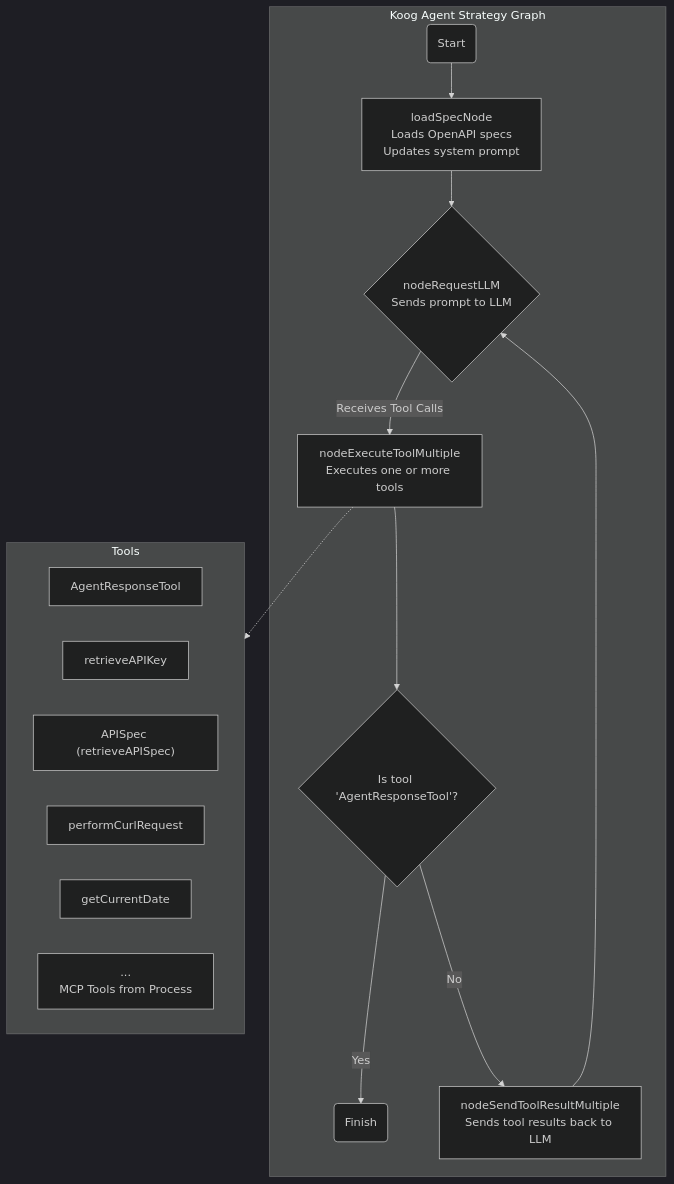
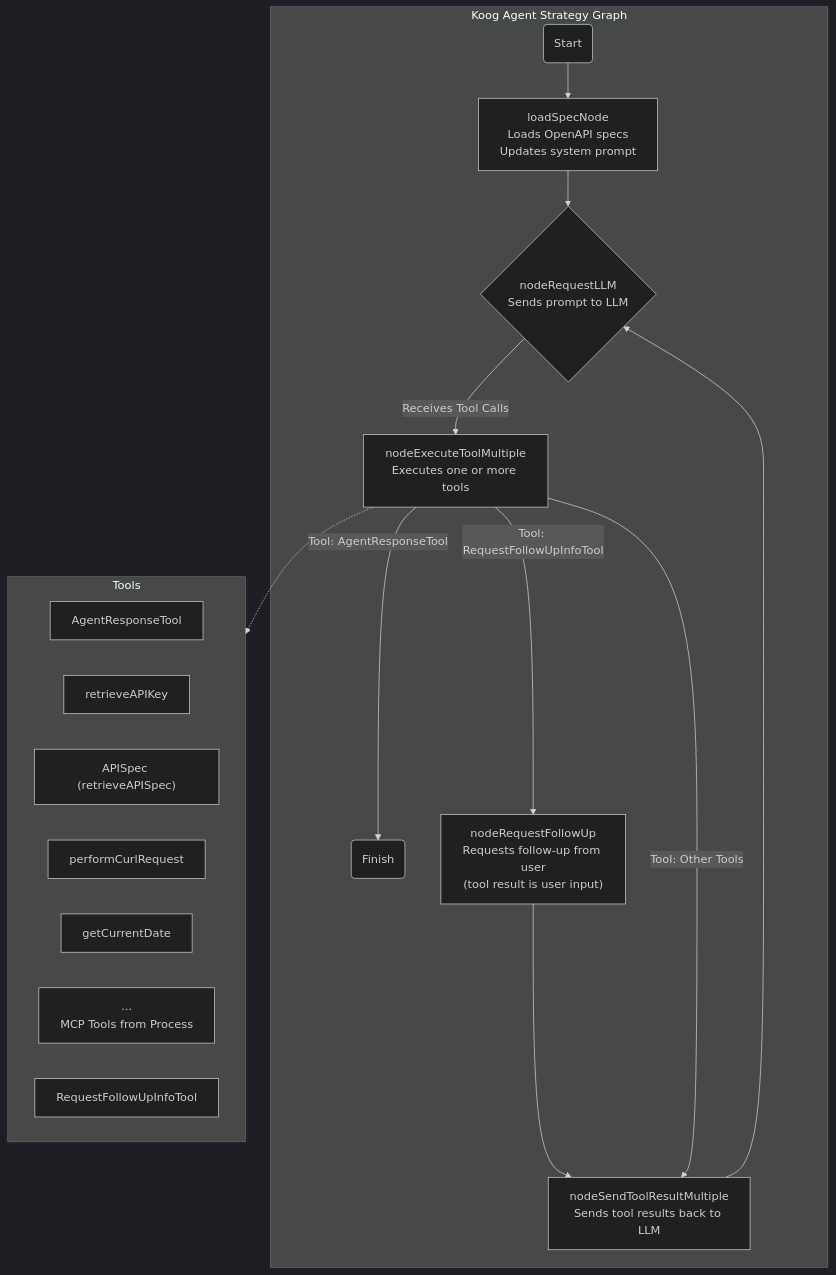
The diagram in README.md (teegarcs/Koog_CLI), drawn with Mermaid (dark theme) before and after one commit. The commit also changed other lines of this file and 2 other files, not shown here.

Commit message:
adding ability to request more information from the user

````diff
--- a/README.md
+++ b/README.md
@@ -67,25 +68,27 @@
 ```mermaid
 graph TD
     subgraph "Koog Agent Strategy Graph"
         A(Start) --> B["loadSpecNode<br/>Loads OpenAPI specs<br/>Updates system prompt"];
         B --> C{"nodeRequestLLM<br/>Sends prompt to LLM"};
         C -- "Receives Tool Calls" --> D["nodeExecuteToolMultiple<br/>Executes one or more tools"];
-        D --> Condition{"Is tool 'AgentResponseTool'?"};
-        Condition -- "Yes" --> F(Finish);
-        Condition -- "No" --> E["nodeSendToolResultMultiple<br/>Sends tool results back to LLM"];
+        D -- "Tool: AgentResponseTool" --> F(Finish);
+        D -- "Tool: RequestFollowUpInfoTool" --> M["nodeRequestFollowUp<br/>Requests follow-up from user<br/>(tool result is user input)"];
+        M --> E["nodeSendToolResultMultiple<br/>Sends tool results back to LLM"];
+        D -- "Tool: Other Tools" --> E;
         E --> C;
     end
 
     subgraph Tools
         direction LR
         G[AgentResponseTool]
         H[retrieveAPIKey]
         I["APISpec (retrieveAPISpec)"]
         J[performCurlRequest]
         K[getCurrentDate]
         L["...<br/>MCP Tools from Process"]
+        N[RequestFollowUpInfoTool]
     end
 
     D -.-> Tools;
 
 ```
````
